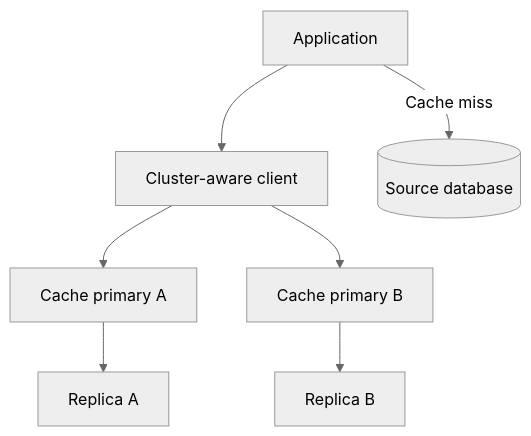
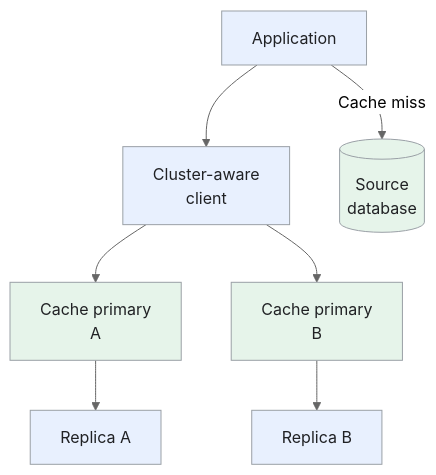
Before and after one commit to iliazlobin/iliazlobin.github.io: the first of 6 diagrams in _designs/system-design-distributed-cache.md, drawn with Mermaid (neutral theme). The commit also changed other lines of this file and 131 other files, not shown here.

````diff
--- a/_designs/system-design-distributed-cache.md
+++ b/_designs/system-design-distributed-cache.md
@@ -105,9 +105,14 @@
 ```mermaid
 flowchart TB
-    A["Application"] --> C["Cluster-aware client"]
-    C --> P1["Cache primary A"]
-    C --> P2["Cache primary B"]
+    A["Application"] --> C["Cluster-aware<br>client"]
+    C --> P1["Cache primary<br>A"]
+    C --> P2["Cache primary<br>B"]
     P1 --> R1["Replica A"]
     P2 --> R2["Replica B"]
-    A -->|"Cache miss"| D[("Source database")]
+    A -->|"Cache miss"| D[("Source<br>database")]
+  classDef request fill:#e8f0fe,stroke:#9aa0a6,color:#202124,stroke-width:1px
+  classDef background fill:#e6f4ea,stroke:#9aa0a6,color:#202124,stroke-width:1px
+  classDef control fill:#fef7e0,stroke:#9aa0a6,color:#202124,stroke-width:1px
+  class A,C,R1,R2 request
+  class P1,P2,D background
 ```
````
